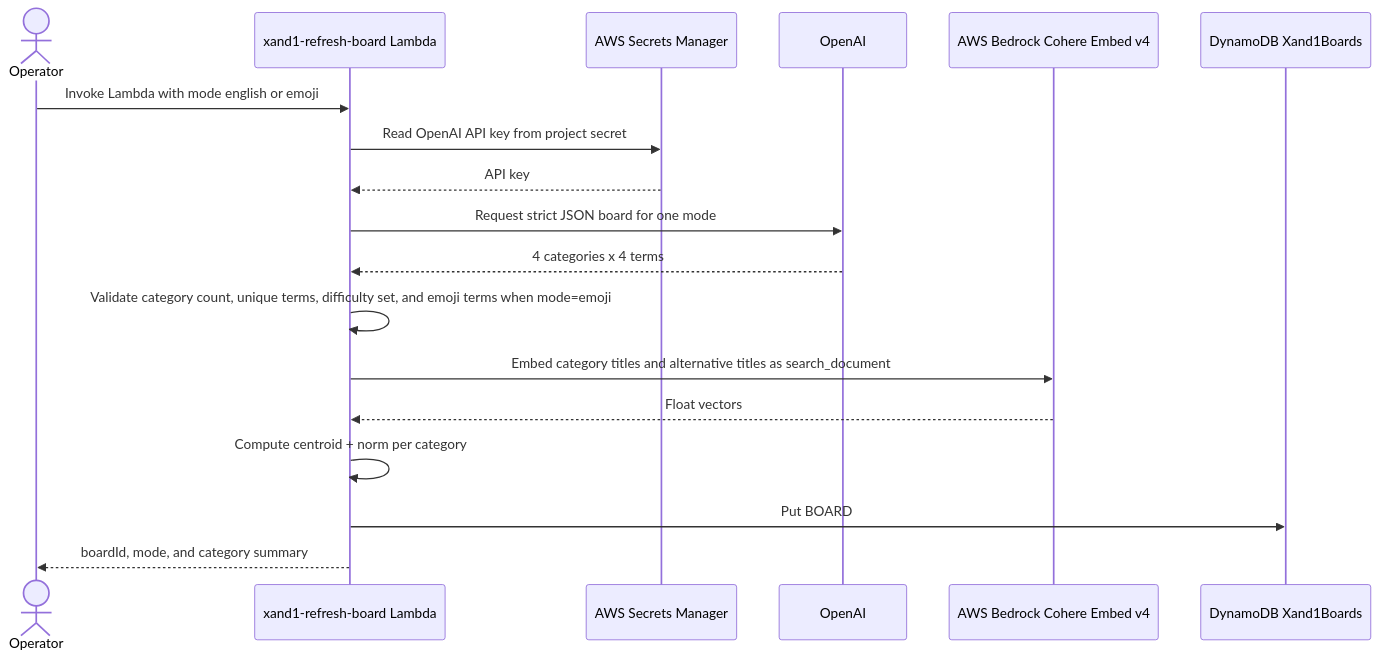
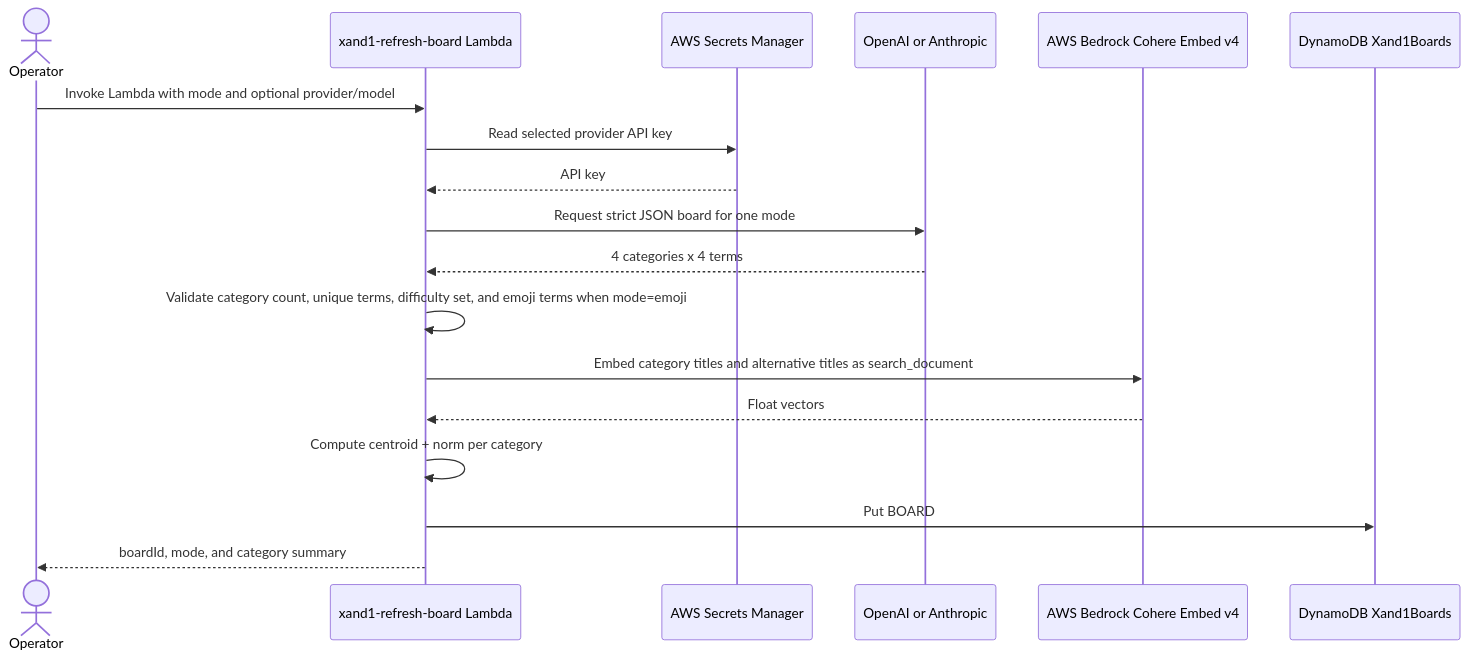
The second of 4 diagrams in projects/xand1/README.md (nemi-systems/nextjs-portfoliosite), drawn with Mermaid before and after one commit. The commit also changed other lines of this file and 13 other files, not shown here.

````diff
--- a/projects/xand1/README.md
+++ b/projects/xand1/README.md
@@ -62,21 +54,21 @@
 ```mermaid
 sequenceDiagram
   actor Operator
   participant Refresh as xand1-refresh-board Lambda
   participant Secrets as AWS Secrets Manager
-  participant OpenAI
+  participant Provider as OpenAI or Anthropic
   participant Bedrock as AWS Bedrock Cohere Embed v4
   participant DDB as DynamoDB Xand1Boards
 
-  Operator->>Refresh: Invoke Lambda with mode english or emoji
-  Refresh->>Secrets: Read OpenAI API key from project secret
+  Operator->>Refresh: Invoke Lambda with mode and optional provider/model
+  Refresh->>Secrets: Read selected provider API key
   Secrets-->>Refresh: API key
-  Refresh->>OpenAI: Request strict JSON board for one mode
-  OpenAI-->>Refresh: 4 categories x 4 terms
+  Refresh->>Provider: Request strict JSON board for one mode
+  Provider-->>Refresh: 4 categories x 4 terms
   Refresh->>Refresh: Validate category count, unique terms, difficulty set, and emoji terms when mode=emoji
   Refresh->>Bedrock: Embed category titles and alternative titles as search_document
   Bedrock-->>Refresh: Float vectors
   Refresh->>Refresh: Compute centroid + norm per category
   Refresh->>DDB: Put BOARD#<boardId>/META and ACTIVE/BOARD#<mode> pointer
   Refresh-->>Operator: boardId, mode, and category summary
 ```
````
